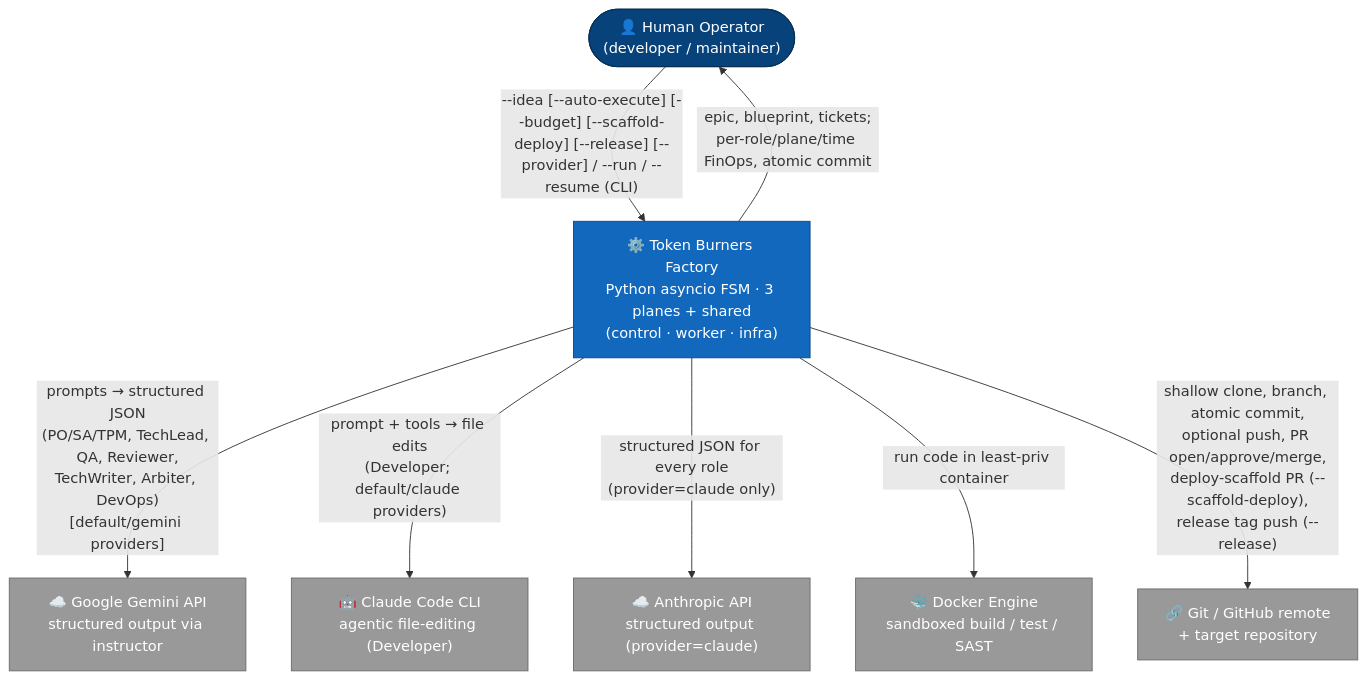
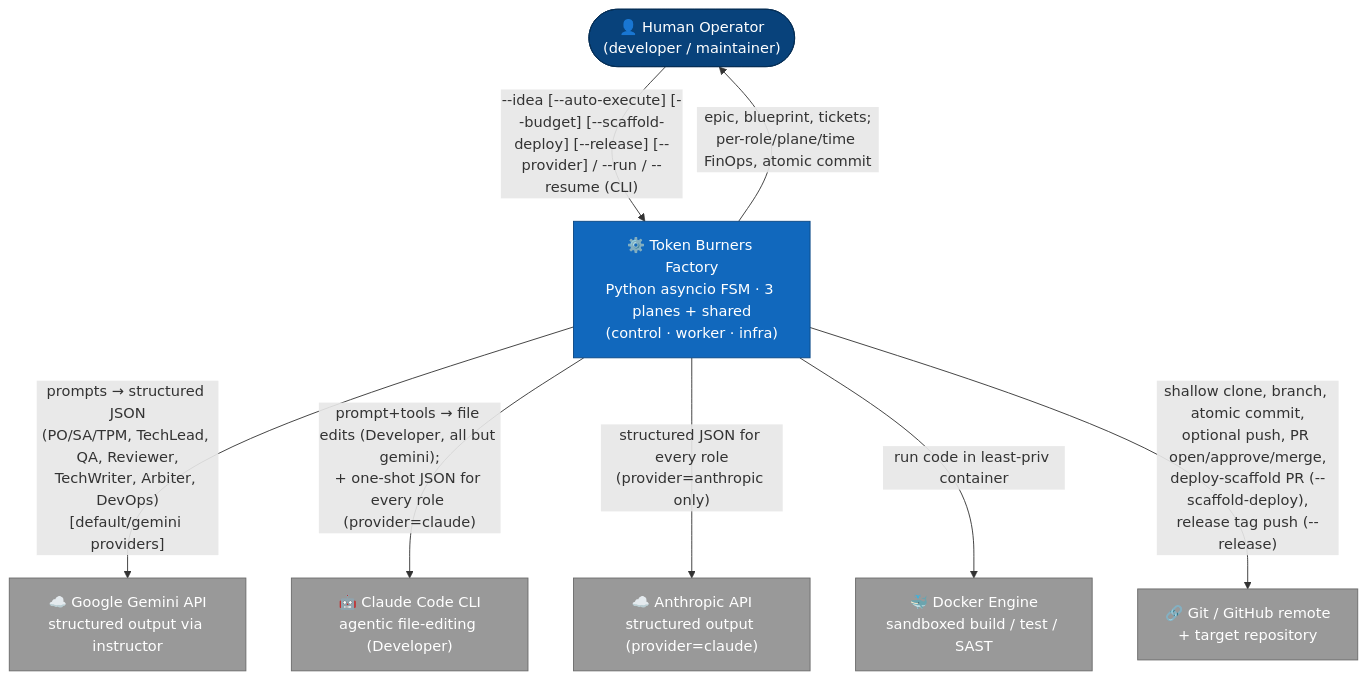
The first of 5 diagrams in docs/ARCHITECTURE.md (Cyberthon-2026-Token-Burners/token-burners-factory), drawn with Mermaid before and after one commit. The commit also changed other lines of this file and 14 other files, not shown here.

Commit message:
feat: --provider claude routes the whole pipeline through the Claude Code CLI (no API key); --provider anthropic for the API path

````diff
--- a/docs/ARCHITECTURE.md
+++ b/docs/ARCHITECTURE.md
@@ -22,28 +22,28 @@
 ```mermaid
 flowchart TB
     human(["👤 Human Operator<br/>(developer / maintainer)"])
 
     engine["⚙️ Token Burners Factory<br/>Python asyncio FSM · 3 planes + shared<br/>(control · worker · infra)"]
 
     gemini["☁️ Google Gemini API<br/>structured output via instructor"]
     claude["🤖 Claude Code CLI<br/>agentic file-editing (Developer)"]
     anthropic["☁️ Anthropic API<br/>structured output (provider=claude)"]
     docker["🐳 Docker Engine<br/>sandboxed build / test / SAST"]
     github["🔗 Git / GitHub remote<br/>+ target repository"]
 
     human -->|"--idea [--auto-execute] [--budget] [--scaffold-deploy] [--release] [--provider] / --run / --resume (CLI)"| engine
     engine -->|"epic, blueprint, tickets;<br/>per-role/plane/time FinOps, atomic commit"| human
 
     engine -->|"prompts → structured JSON<br/>(PO/SA/TPM, TechLead, QA, Reviewer,<br/>TechWriter, Arbiter, DevOps)<br/>[default/gemini providers]"| gemini
-    engine -->|"prompt + tools → file edits<br/>(Developer; default/claude providers)"| claude
-    engine -->|"structured JSON for every role<br/>(provider=claude only)"| anthropic
+    engine -->|"prompt+tools → file edits (Developer, all but gemini);<br/>+ one-shot JSON for every role (provider=claude)"| claude
+    engine -->|"structured JSON for every role<br/>(provider=anthropic only)"| anthropic
     engine -->|"run code in least-priv container"| docker
     engine -->|"shallow clone, branch, atomic commit,<br/>optional push, PR open/approve/merge,<br/>deploy-scaffold PR (--scaffold-deploy),<br/>release tag push (--release)"| github
 
     classDef sys fill:#1168bd,stroke:#0b4884,color:#fff;
     classDef ext fill:#999,stroke:#6b6b6b,color:#fff;
     classDef person fill:#08427b,stroke:#052e56,color:#fff;
     class engine sys;
     class gemini,claude,anthropic,docker,github ext;
     class human person;
 ```
````
